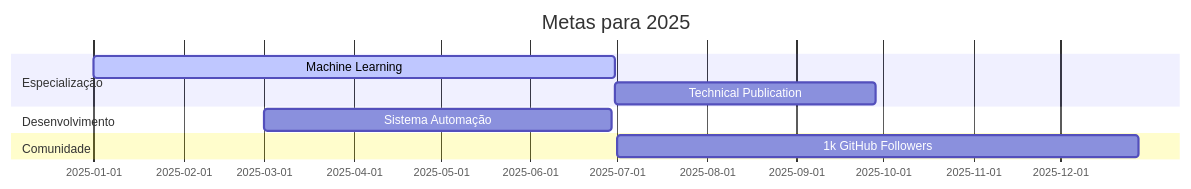
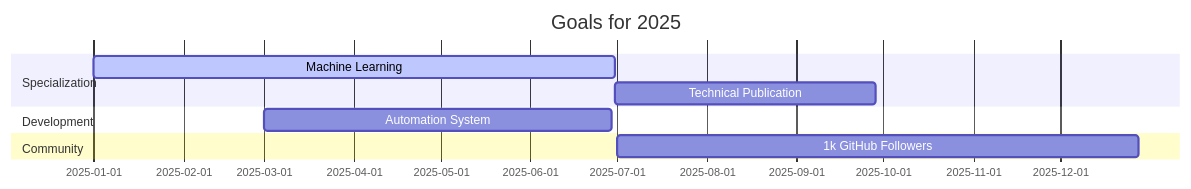
The first of 2 diagrams in README.md (delblerferreira/delblerferreira), drawn with Mermaid before and after one commit.

````diff
--- a/README.md
+++ b/README.md
@@ -139,12 +139,12 @@
 ```mermaid
 gantt
-    title Metas para 2025
+    title Goals for 2025
     dateFormat  YYYY-MM-DD
-    section Especialização
+    section Specialization
     Machine Learning           :active,    des1, 2025-01-01, 2025-06-30
     Technical Publication         :         des2, after des1, 90d
-    section Desenvolvimento
-    Sistema Automação          :         des3, 2025-03-01, 120d
-    section Comunidade
+    section Development
+    Automation System          :         des3, 2025-03-01, 120d
+    section Community
     1k GitHub Followers        :         des4, 2025-07-01, 180d
 ```
````
